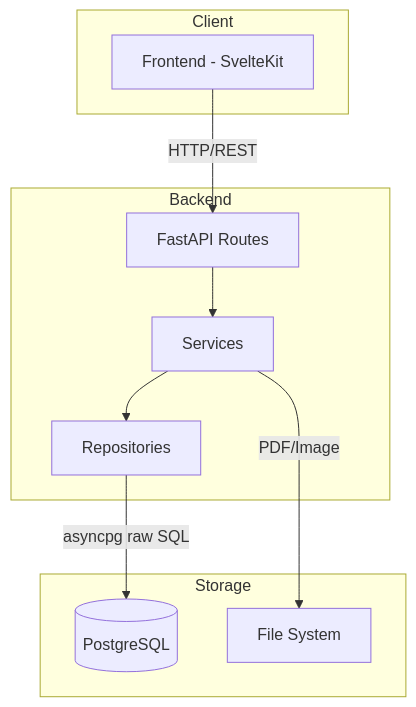
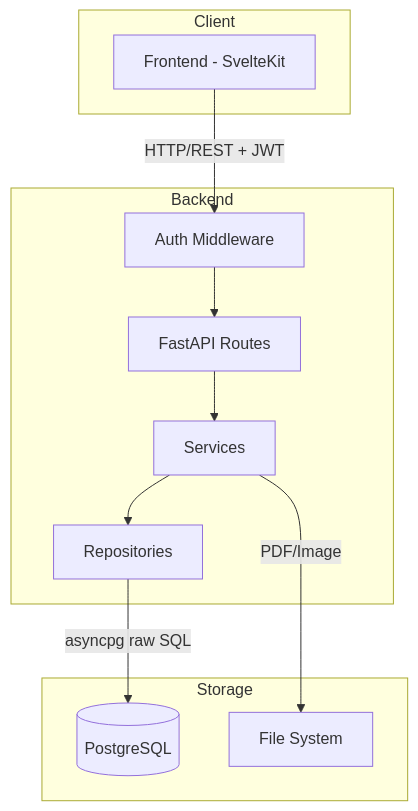
Before and after one commit to appleparan/saegim: the first of 9 diagrams in docs/backend/architecture/architecture.md, drawn with Mermaid. The commit also changed other lines of this file, not shown here.

First line of the commit message:
docs: add auth architecture to backend docs

````diff
--- a/docs/backend/architecture/architecture.md
+++ b/docs/backend/architecture/architecture.md
@@ -5,23 +5,25 @@
 ```mermaid
 graph TB
     subgraph Client
         FE[Frontend - SvelteKit]
     end
 
     subgraph Backend
+        AUTH[Auth Middleware]
         API[FastAPI Routes]
         SVC[Services]
         REPO[Repositories]
     end
 
     subgraph Storage
         PG[(PostgreSQL)]
         FS[File System]
     end
 
-    FE -->|HTTP/REST| API
+    FE -->|HTTP/REST + JWT| AUTH
+    AUTH --> API
     API --> SVC
     SVC --> REPO
     REPO -->|asyncpg raw SQL| PG
     SVC -->|PDF/Image| FS
 ```
````
